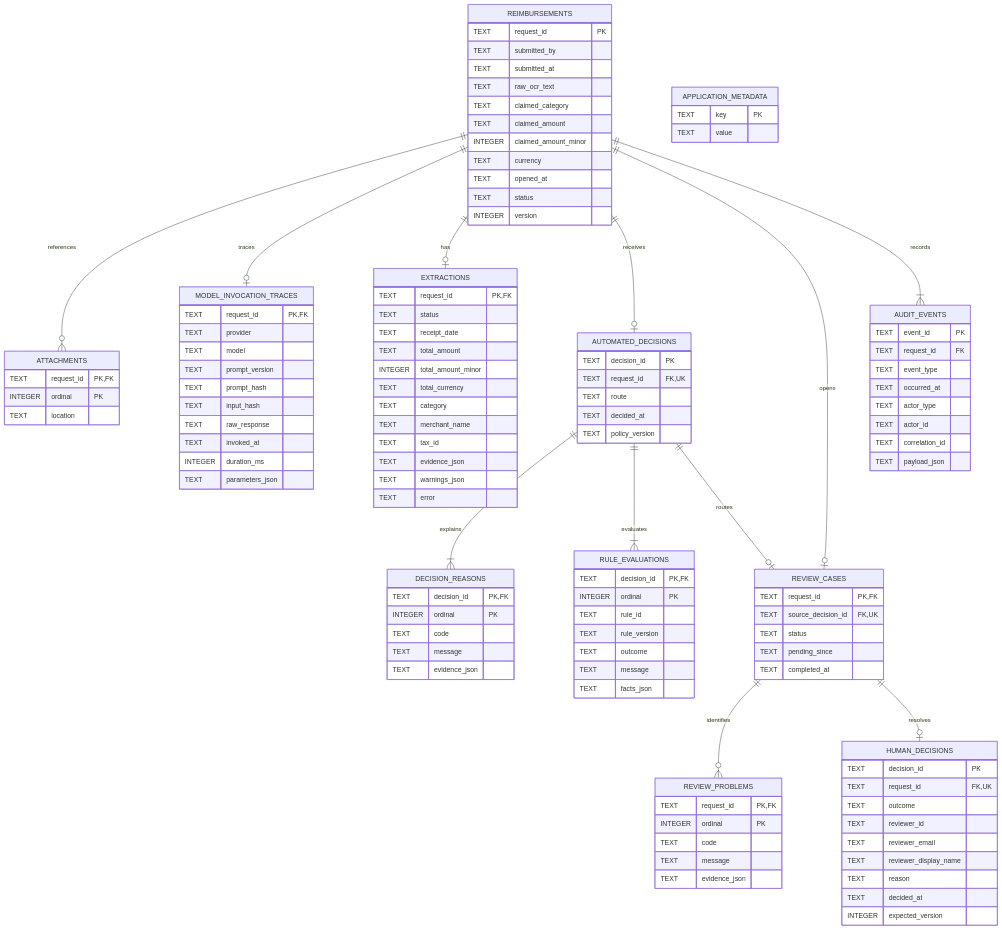
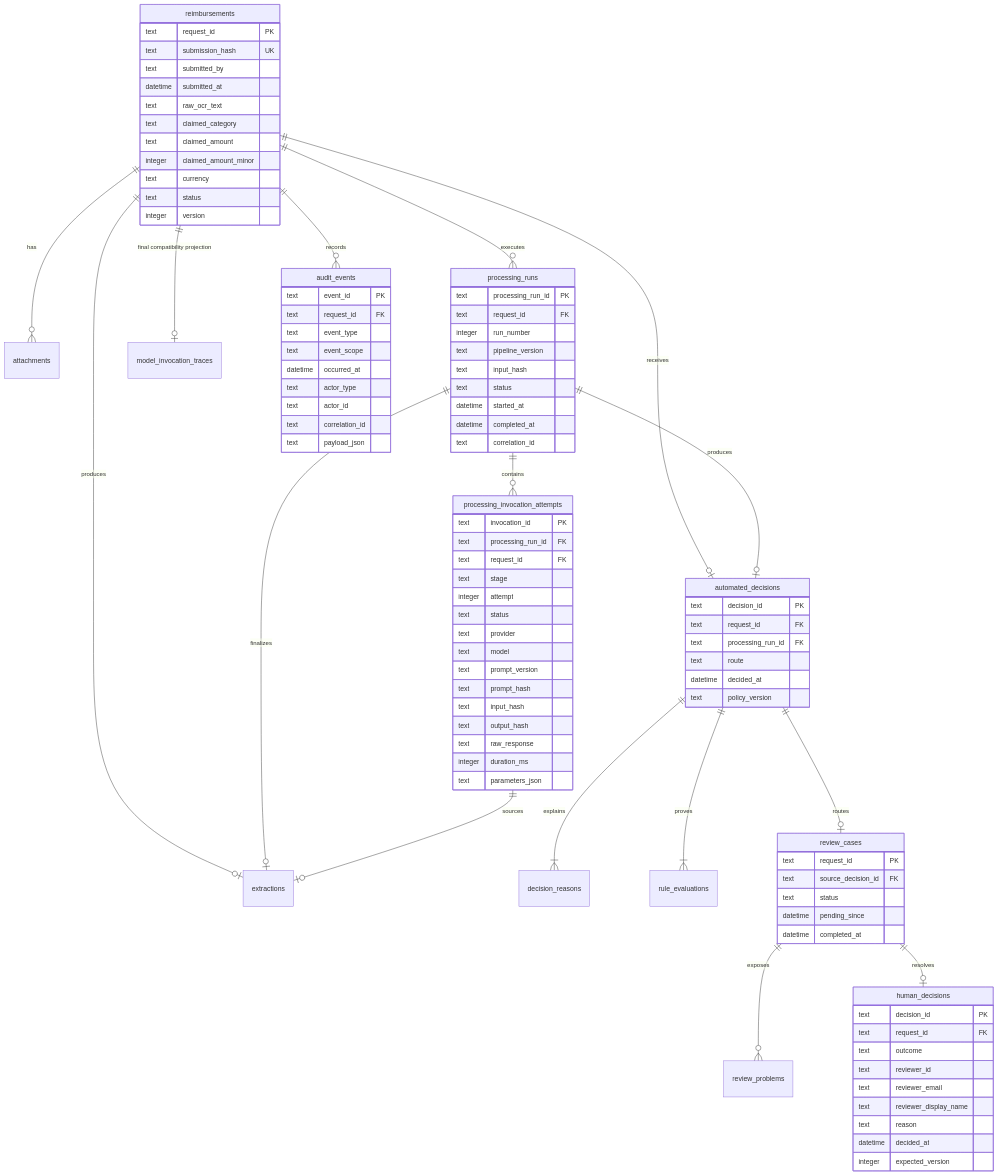
Before and after one commit to Dev-Luigy/automation_luigygabriel: the first of 3 diagrams in docs/database.md, drawn with Mermaid. The commit also changed other lines of this file and 13 other files, not shown here.

Commit message:
docs: finalize assessment architecture and report

````diff
--- a/docs/database.md
+++ b/docs/database.md
@@ -18,121 +16,97 @@
 ```mermaid
 erDiagram
-    REIMBURSEMENTS ||--o{ ATTACHMENTS : references
-    REIMBURSEMENTS ||--o| MODEL_INVOCATION_TRACES : traces
-    REIMBURSEMENTS ||--o| EXTRACTIONS : has
-    REIMBURSEMENTS ||--o| AUTOMATED_DECISIONS : receives
-    AUTOMATED_DECISIONS ||--|{ DECISION_REASONS : explains
-    AUTOMATED_DECISIONS ||--|{ RULE_EVALUATIONS : evaluates
-    REIMBURSEMENTS ||--o| REVIEW_CASES : opens
-    AUTOMATED_DECISIONS ||--o| REVIEW_CASES : routes
-    REVIEW_CASES ||--o{ REVIEW_PROBLEMS : identifies
-    REVIEW_CASES ||--o| HUMAN_DECISIONS : resolves
-    REIMBURSEMENTS ||--|{ AUDIT_EVENTS : records
+    reimbursements ||--o{ attachments : has
+    reimbursements ||--o{ processing_runs : executes
+    processing_runs ||--o{ processing_invocation_attempts : contains
+    reimbursements ||--o| model_invocation_traces : "final compatibility projection"
+    reimbursements ||--o| extractions : produces
+    processing_runs ||--o| extractions : finalizes
+    processing_invocation_attempts ||--o| extractions : sources
+    reimbursements ||--o| automated_decisions : receives
+    processing_runs ||--o| automated_decisions : produces
+    automated_decisions ||--|{ decision_reasons : explains
+    automated_decisions ||--|{ rule_evaluations : proves
+    automated_decisions ||--o| review_cases : routes
+    review_cases ||--o{ review_problems : exposes
+    review_cases ||--o| human_decisions : resolves
+    reimbursements ||--o{ audit_events : records
 
-    REIMBURSEMENTS {
-        TEXT request_id PK
-        TEXT submitted_by
-        TEXT submitted_at
-        TEXT raw_ocr_text
-        TEXT claimed_category
-        TEXT claimed_amount
-        INTEGER claimed_amount_minor
-        TEXT currency
-        TEXT opened_at
-        TEXT status
-        INTEGER version
+    reimbursements {
+        text request_id PK
+        text submission_hash UK
+        text submitted_by
+        datetime submitted_at
+        text raw_ocr_text
+        text claimed_category
+        text claimed_amount
+        integer claimed_amount_minor
+        text currency
+        text status
+        integer version
     }
-    ATTACHMENTS {
-        TEXT request_id PK,FK
-        INTEGER ordinal PK
-        TEXT location
+    processing_runs {
+        text processing_run_id PK
+        text request_id FK
+        integer run_number
+        text pipeline_version
+        text input_hash
+        text status
+        datetime started_at
+        datetime completed_at
+        text correlation_id
     }
-    MODEL_INVOCATION_TRACES {
-        TEXT request_id PK,FK
-        TEXT provider
-        TEXT model
-        TEXT prompt_version
-        TEXT prompt_hash
-        TEXT input_hash
-        TEXT raw_response
-        TEXT invoked_at
-        INTEGER duration_ms
-        TEXT parameters_json
+    processing_invocation_attempts {
+        text invocation_id PK
+        text processing_run_id FK
+        text request_id FK
+        text stage
+        integer attempt
+        text status
+        text provider
+        text model
+        text prompt_version
+        text prompt_hash
+        text input_hash
+        text output_hash
+        text raw_response
+        integer duration_ms
+        text parameters_json
     }
-    EXTRACTIONS {
-        TEXT request_id PK,FK
-        TEXT status
-        TEXT receipt_date
-        TEXT total_amount
-        INTEGER total_amount_minor
-        TEXT total_currency
-        TEXT category
-        TEXT merchant_name
-        TEXT tax_id
-        TEXT evidence_json
-        TEXT warnings_json
-        TEXT error
+    automated_decisions {
+        text decision_id PK
+        text request_id FK
+        text processing_run_id FK
+        text route
+        datetime decided_at
+        text policy_version
     }
-    AUTOMATED_DECISIONS {
-        TEXT decision_id PK
-        TEXT request_id FK,UK
-        TEXT route
-        TEXT decided_at
-        TEXT policy_version
+    review_cases {
+        text request_id PK
+        text source_decision_id FK
+        text status
+        datetime pending_since
+        datetime completed_at
     }
-    DECISION_REASONS {
-        TEXT decision_id PK,FK
-        INTEGER ordinal PK
-        TEXT code
-        TEXT message
-        TEXT evidence_json
+    human_decisions {
+        text decision_id PK
+        text request_id FK
+        text outcome
+        text reviewer_id
+        text reviewer_email
+        text reviewer_display_name
+        text reason
+        datetime decided_at
+        integer expected_version
     }
-    RULE_EVALUATIONS {
-        TEXT decision_id PK,FK
-        INTEGER ordinal PK
-        TEXT rule_id
-        TEXT rule_version
-        TEXT outcome
-        TEXT message
-        TEXT facts_json
-    }
-    REVIEW_CASES {
-        TEXT request_id PK,FK
-        TEXT source_decision_id FK,UK
-        TEXT status
-        TEXT pending_since
-        TEXT completed_at
-    }
-    REVIEW_PROBLEMS {
-        TEXT request_id PK,FK
-        INTEGER ordinal PK
-        TEXT code
-        TEXT message
-        TEXT evidence_json
-    }
-    HUMAN_DECISIONS {
-        TEXT decision_id PK
-        TEXT request_id FK,UK
-        TEXT outcome
-        TEXT reviewer_id
-        TEXT reviewer_email
-        TEXT reviewer_display_name
-        TEXT reason
-        TEXT decided_at
-        INTEGER expected_version
-    }
-    AUDIT_EVENTS {
-        TEXT event_id PK
-        TEXT request_id FK
-        TEXT event_type
-        TEXT occurred_at
-        TEXT actor_type
-        TEXT actor_id
-        TEXT correlation_id
-        TEXT payload_json
-    }
-    APPLICATION_METADATA {
-        TEXT key PK
-        TEXT value
+    audit_events {
+        text event_id PK
+        text request_id FK
+        text event_type
+        text event_scope
+        datetime occurred_at
+        text actor_type
+        text actor_id
+        text correlation_id
+        text payload_json
     }
 ```
````
